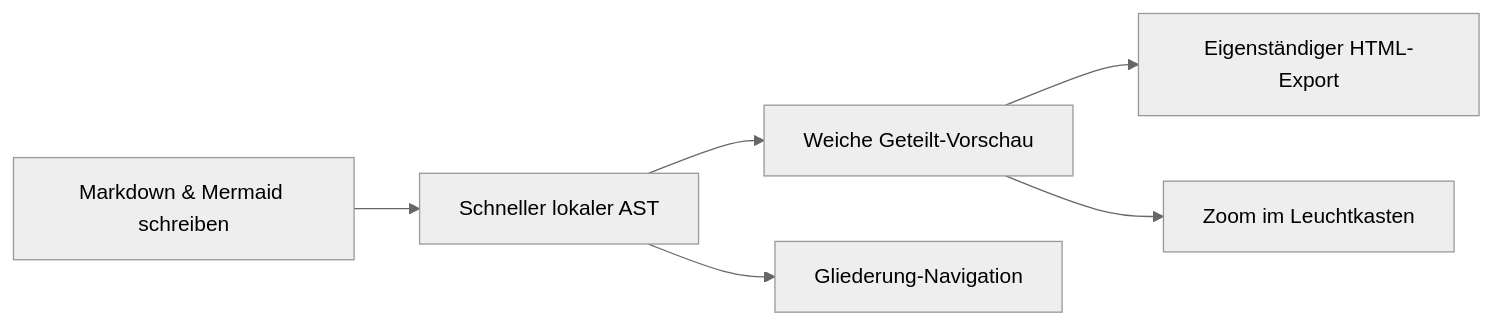
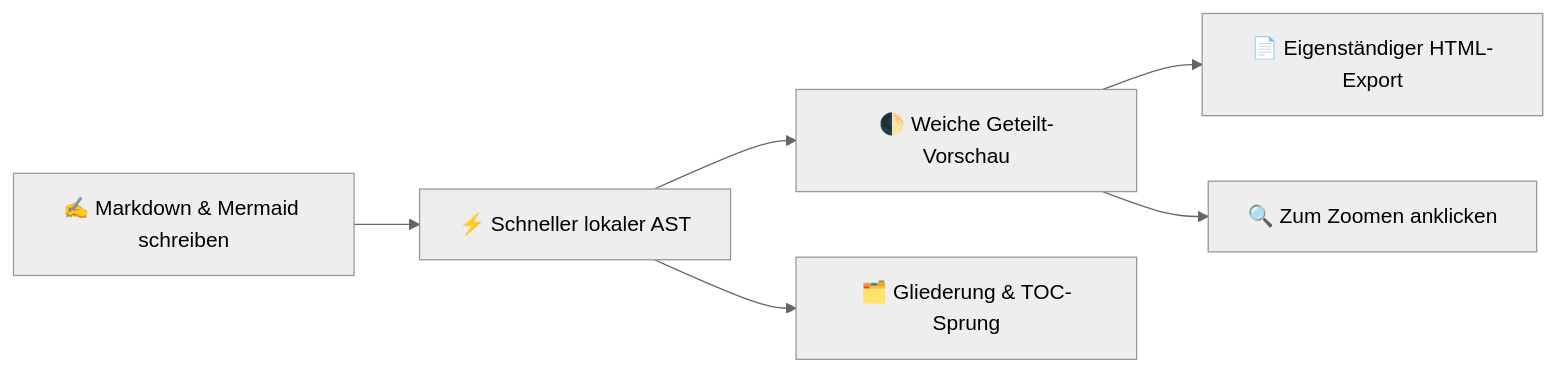
One commit to 2716190547/zmark changed the diagram in crates/zmark_app/assets/welcome/de.md. Above: the diagram before and after it, drawn with Mermaid (neutral theme). The commit also changed other lines of this file and 32 other files, not shown here.

````diff
--- a/crates/zmark_app/assets/welcome/de.md
+++ b/crates/zmark_app/assets/welcome/de.md
@@ -72,8 +84,8 @@
 ```mermaid
 flowchart LR
-    Write["Markdown & Mermaid schreiben"] --> Parse["Schneller lokaler AST"]
-    Parse --> Split["Weiche Geteilt-Vorschau"]
-    Parse --> Outline["Gliederung-Navigation"]
-    Split --> Export["Eigenständiger HTML-Export"]
-    Split --> Lightbox["Zoom im Leuchtkasten"]
+    Write["✍️ Markdown & Mermaid schreiben"] --> Parse["⚡️ Schneller lokaler AST"]
+    Parse --> Split["🌓 Weiche Geteilt-Vorschau"]
+    Parse --> Outline["🗂️ Gliederung & TOC-Sprung"]
+    Split --> Export["📄 Eigenständiger HTML-Export"]
+    Split --> Lightbox["🔍 Zum Zoomen anklicken"]
 ```
````
